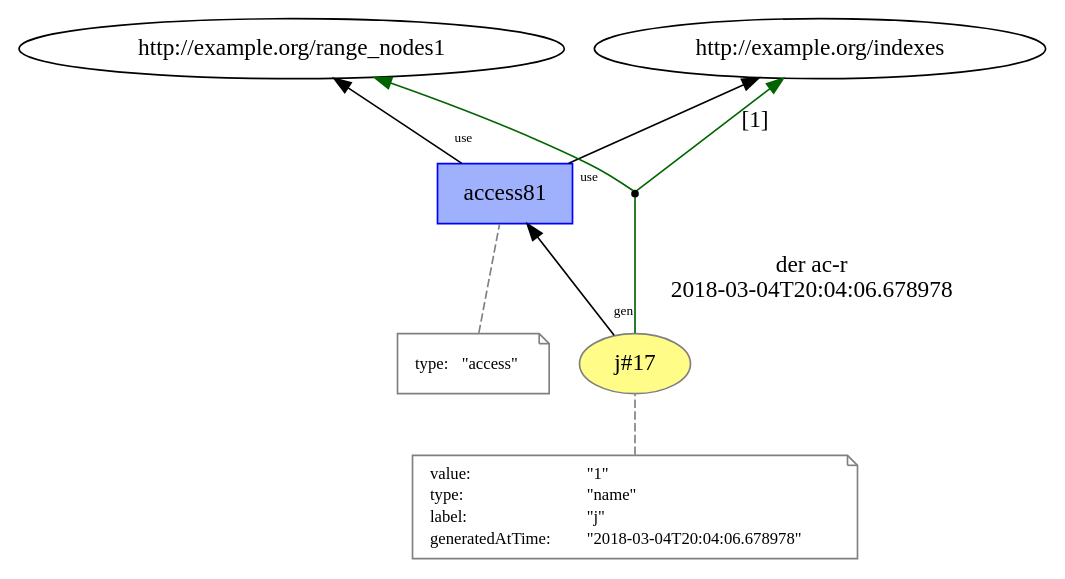
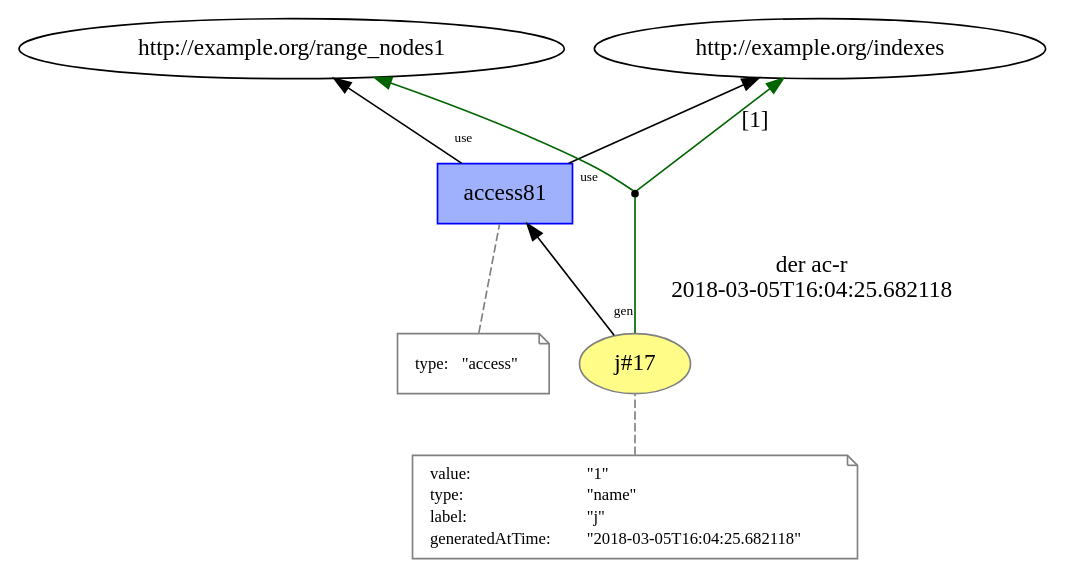
Before and after one commit to dew-uff/versioned-prov: the diagram in images/versioned_prov/temp/L13__loop_access_17.dot, drawn with Graphviz. The commit also changed 1735 other files, not shown here.

```diff
--- a/images/versioned_prov/temp/L13__loop_access_17.dot
+++ b/images/versioned_prov/temp/L13__loop_access_17.dot
@@ -1,38 +1,38 @@
 digraph "PROV" { size="16,12"; rankdir="BT";
 "http://example.org/j#17" [fillcolor="#FFFC87",color="#808080",style="filled",label="j#17",URL="http://example.org/j#17"]
 "-attrs0" [color="gray",shape="note",fontsize="10",fontcolor="black",label=<<TABLE cellpadding="0" border="0">
 	<TR>
 	    <TD align="left">value:</TD>
 	    <TD align="left">&quot;1&quot;</TD>
 	</TR>
 	<TR>
 	    <TD align="left">type:</TD>
 	    <TD align="left">&quot;name&quot;</TD>
 	</TR>
 	<TR>
 	    <TD align="left">label:</TD>
 	    <TD align="left">&quot;j&quot;</TD>
 	</TR>
 	<TR>
 	    <TD align="left">generatedAtTime:</TD>
-	    <TD align="left">&quot;2018-03-04T20:04:06.678978&quot;</TD>
+	    <TD align="left">&quot;2018-03-05T16:04:25.682118&quot;</TD>
 	</TR>
 </TABLE>>]
 "-attrs0" -> "http://example.org/j#17" [color="gray",style="dashed",arrowhead="none"]
 "http://example.org/access81" [fillcolor="#9FB1FC",color="#0000FF",shape="polygon",sides="4",style="filled",label="access81",URL="http://example.org/access81"]
 "-attrs1" [color="gray",shape="note",fontsize="10",fontcolor="black",label=<<TABLE cellpadding="0" border="0">
 	<TR>
 	    <TD align="left">type:</TD>
 	    <TD align="left">&quot;access&quot;</TD>
 	</TR>
 </TABLE>>]
 "-attrs1" -> "http://example.org/access81" [color="gray",style="dashed",arrowhead="none"]
 "http://example.org/access81" -> "http://example.org/range_nodes1" [labelfontsize="8",labeldistance="1.5",labelangle="60.0",rotation="20",taillabel="use"]
 "bn0" [shape="point",label=""]
-"http://example.org/j#17" -> "bn0" [arrowhead="none",color="darkgreen",label="der ac-r
-2018-03-04T20:04:06.678978"]
+"http://example.org/j#17" -> "bn0" [arrowhead="none",label="der ac-r
+2018-03-05T16:04:25.682118",color="darkgreen"]
 "bn0" -> "http://example.org/indexes" [labelfontsize="8",labeldistance="1.5",color="darkgreen",labelangle="60.0",rotation="20",label="[1]"]
 "bn0" -> "http://example.org/range_nodes1" [color="darkgreen"]
 "http://example.org/j#17" -> "http://example.org/access81" [labelfontsize="8",labeldistance="1.5",labelangle="60.0",rotation="20",taillabel="gen"]
 "http://example.org/access81" -> "http://example.org/indexes" [labelfontsize="8",labeldistance="1.5",labelangle="60.0",rotation="20",taillabel="use"]
 }
```
